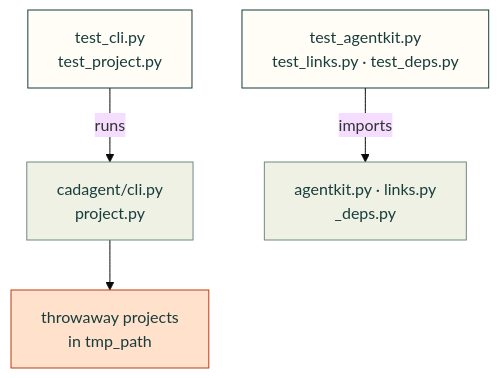
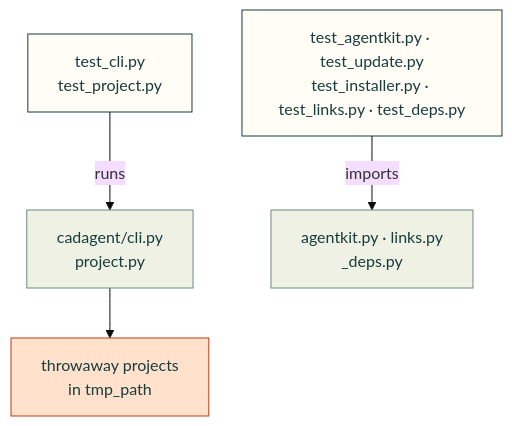
One commit to Valpatel/cad-agent changed the diagram in tests/cli/README.md. Above: the diagram before and after it, drawn with Mermaid (base theme). The commit also changed other lines of this file and 25 other files, not shown here.

````diff
--- a/tests/cli/README.md
+++ b/tests/cli/README.md
@@ -8,12 +8,12 @@
 ```mermaid
 flowchart TD
     C["test_cli.py<br/>test_project.py"] -->|"runs"| CLI["cadagent/cli.py<br/>project.py"]
-    K["test_agentkit.py<br/>test_links.py · test_deps.py"] -->|"imports"| T["agentkit.py · links.py<br/>_deps.py"]
+    K["test_agentkit.py · test_update.py<br/>test_installer.py · test_links.py · test_deps.py"] -->|"imports"| T["agentkit.py · links.py<br/>_deps.py"]
     CLI --> O["throwaway projects<br/>in tmp_path"]
     classDef here fill:#fffdf5,stroke:#173d3c,color:#173d3c
     classDef near fill:#eef1e4,stroke:#6f8a80,color:#173d3c
     classDef out fill:#ffe1cc,stroke:#bd3a12,color:#173d3c
     class C,K here
     class CLI,T near
     class O out
 ```
````
